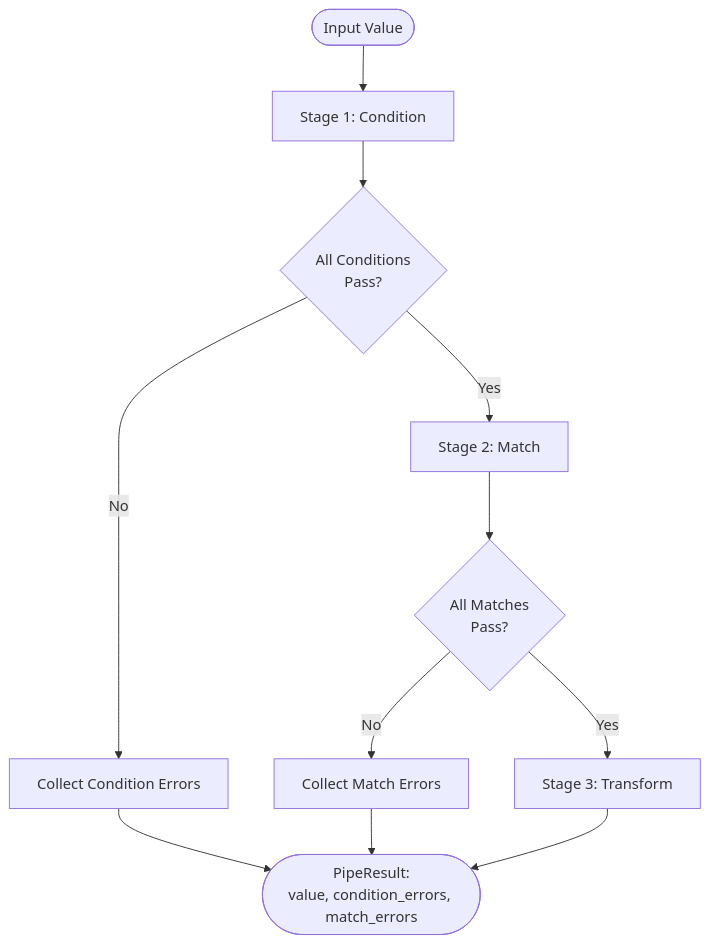
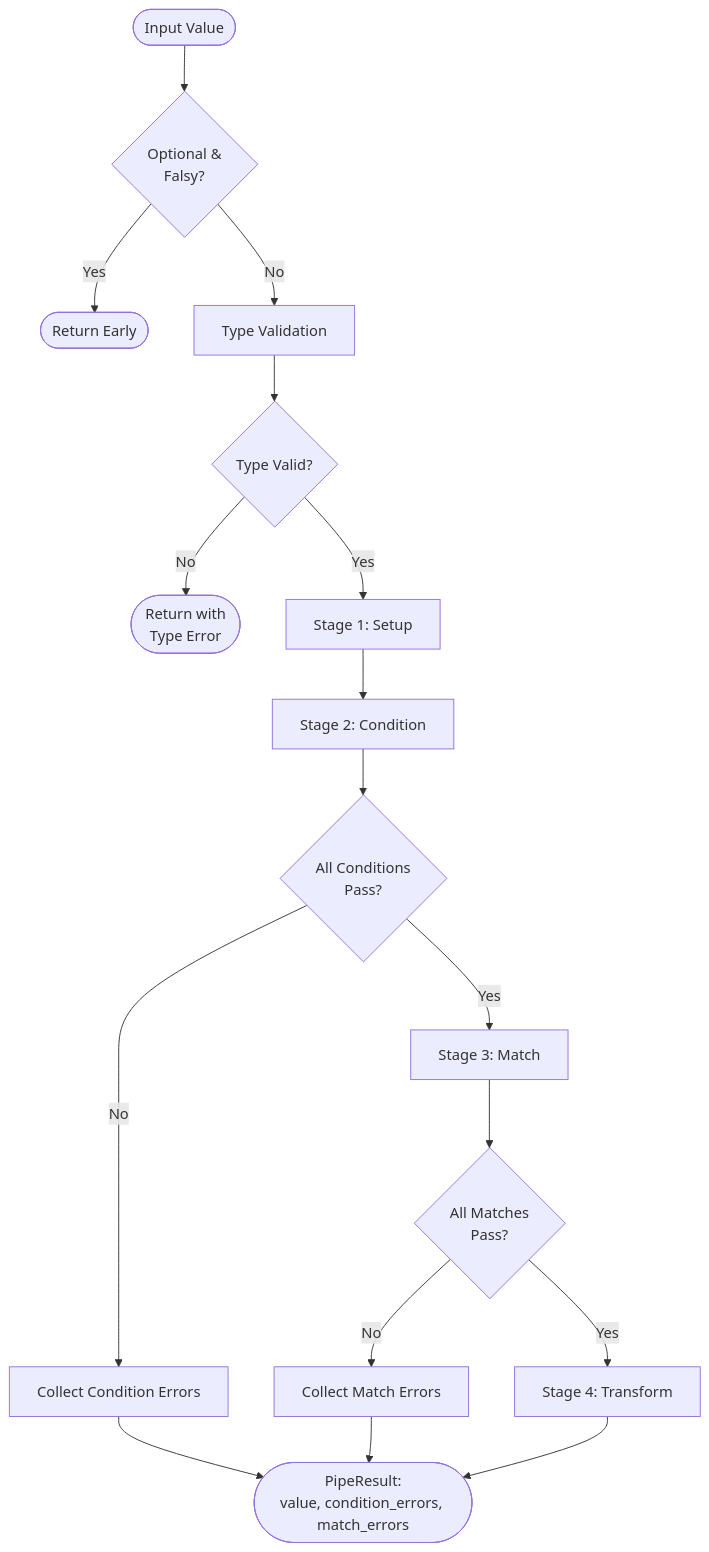
One commit to hetman-app/hetman-pipeline changed the first of 2 diagrams in docs/index.md. Above: the diagram before and after it, drawn with Mermaid. The commit also changed other lines of this file and 4 other files, not shown here.

````diff
--- a/docs/index.md
+++ b/docs/index.md
@@ -30,19 +30,27 @@
 ```mermaid
 flowchart TD
-    Start([Input Value]) --> Condition[Stage 1: Condition]
+    Start([Input Value]) --> Optional{Optional &<br/>Falsy?}
+    Optional -->|Yes| EarlyReturn([Return Early])
+    Optional -->|No| TypeCheck[Type Validation]
+    
+    TypeCheck --> TypeValid{Type Valid?}
+    TypeValid -->|No| TypeError([Return with<br/>Type Error])
+    TypeValid -->|Yes| Setup
+    
+    Setup[Stage 1: Setup] --> Condition
 
-    Condition --> CondCheck{All Conditions<br/>Pass?}
+    Condition[Stage 2: Condition] --> CondCheck{All Conditions<br/>Pass?}
     CondCheck -->|No| CollectCondErrors[Collect Condition Errors]
     CondCheck -->|Yes| Match
 
-    Match[Stage 2: Match] --> MatchCheck{All Matches<br/>Pass?}
+    Match[Stage 3: Match] --> MatchCheck{All Matches<br/>Pass?}
     MatchCheck -->|No| CollectMatchErrors[Collect Match Errors]
     MatchCheck -->|Yes| Transform
 
-    Transform[Stage 3: Transform] --> Result
+    Transform[Stage 4: Transform] --> Result
 
     CollectCondErrors --> Result
     CollectMatchErrors --> Result
 
     Result([PipeResult:<br/>value, condition_errors, match_errors])
 ```
````
